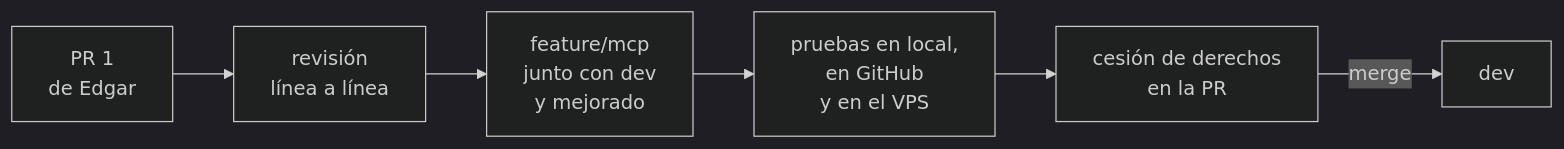
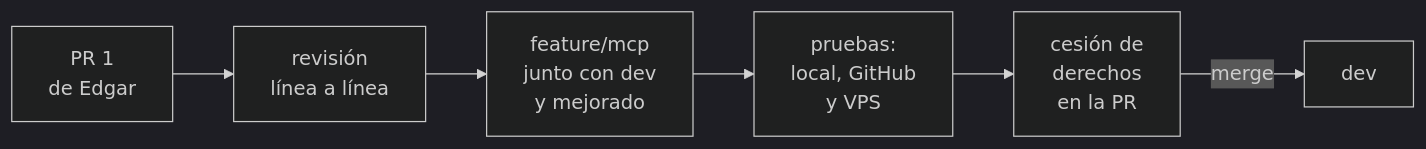
Before and after one commit to FlorinTodor/radar-es: the fourth of 7 diagrams in README.md, drawn with Mermaid (dark theme). The commit also changed other lines of this file, not shown here.

Commit message:
README: diagramas con líneas de 14 caracteres como mucho (GitHub dibuja todas las cajas del mismo ancho y recortaba las líneas largas); qué comprueba cada paso del MCP, en una lista, y las dos generaciones del protocolo, en una tabla

````diff
--- a/README.md
+++ b/README.md
@@ -445,8 +445,8 @@
 ```mermaid
 flowchart LR
   pr["PR 1<br/>de Edgar"] --> rev["revisión<br/>línea a línea"]
   rev --> fm["feature/mcp<br/>junto con dev<br/>y mejorado"]
-  fm --> t["pruebas en local,<br/>en GitHub<br/>y en el VPS"]
-  t --> ces["cesión de derechos<br/>en la PR"]
+  fm --> t["pruebas:<br/>local, GitHub<br/>y VPS"]
+  t --> ces["cesión de<br/>derechos<br/>en la PR"]
   ces -->|"merge"| d["dev"]
 ```
````
